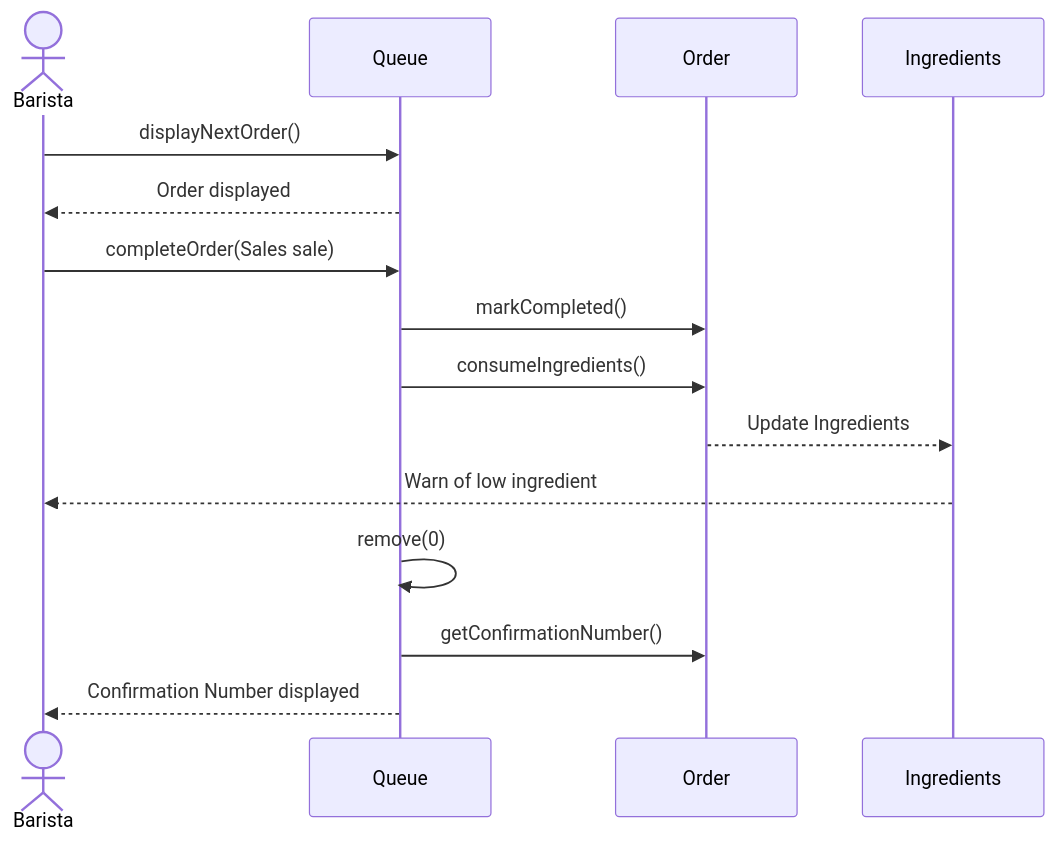
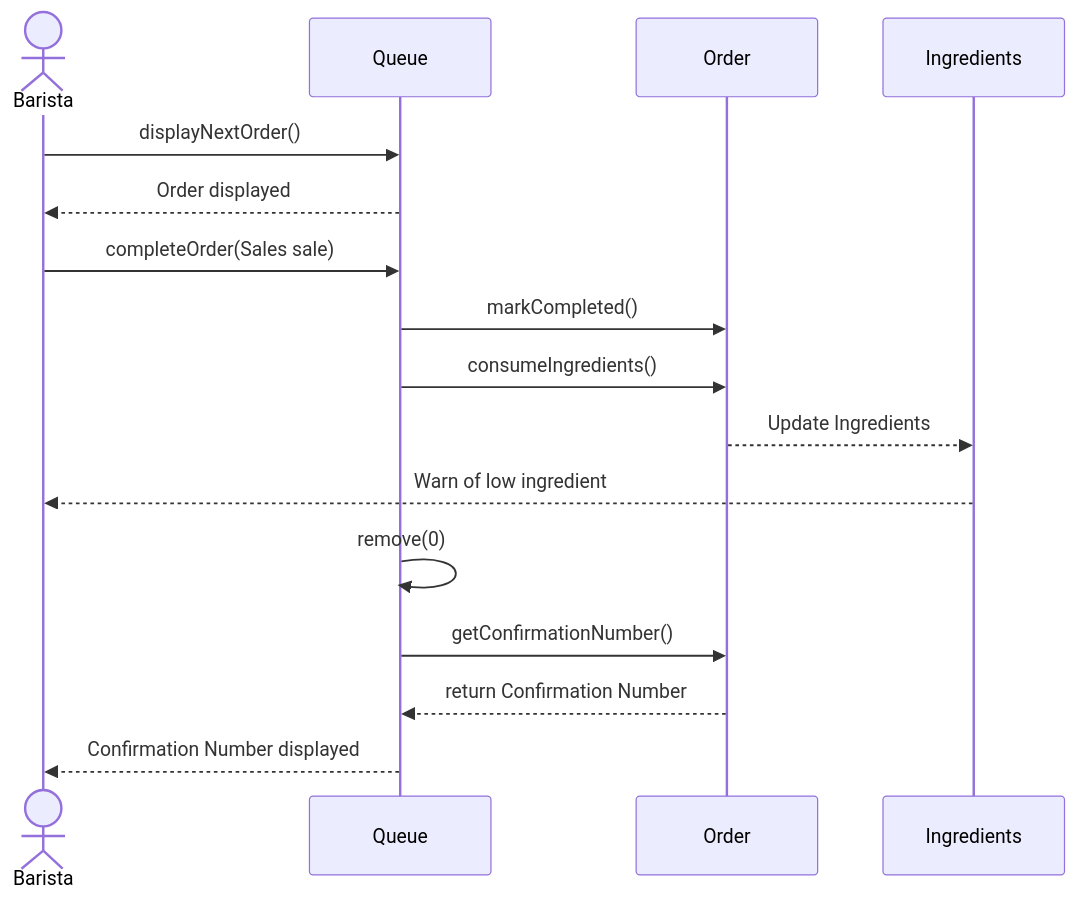
Before and after one commit to LaElijah/ics372-group-2: the third of 3 diagrams in docs/design/use-cases.md, drawn with Mermaid.

Commit message:
Update use-cases.md UC-2 sequence updated

````diff
--- a/docs/design/use-cases.md
+++ b/docs/design/use-cases.md
@@ -278,20 +278,21 @@
   ```mermaid
 sequenceDiagram
   actor Barista
   participant Queue
   participant Order
   
 
   Barista ->> Queue: displayNextOrder()
   Queue -->> Barista: Order displayed
   Barista ->> Queue: completeOrder(Sales sale)
   Queue ->> Order : markCompleted()
   Queue ->> Order : consumeIngredients()
   Order -->> Ingredients: Update Ingredients
   Ingredients -->> Barista: Warn of low ingredient
   Queue ->> Queue : remove(0)
   Queue ->> Order : getConfirmationNumber()
+  Order -->> Queue : return Confirmation Number
   Queue -->> Barista: Confirmation Number displayed
 
 
   ```
````
